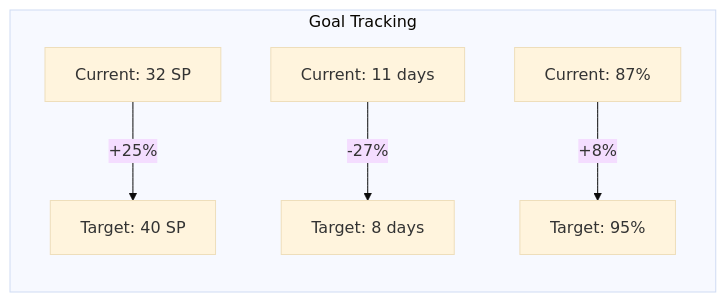
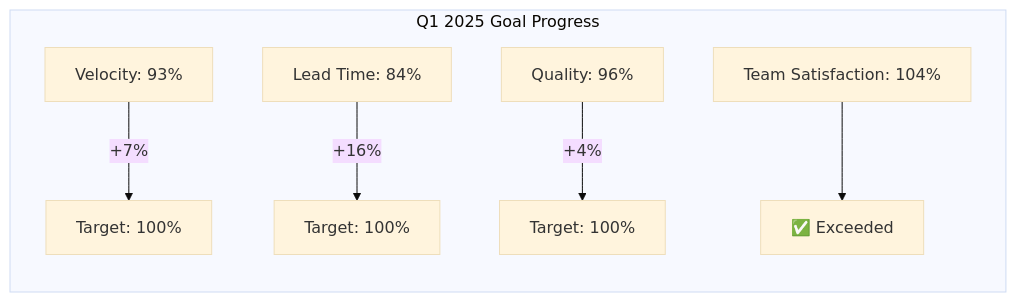
Before and after one commit to HOW2AI-AGENCY/albert3-muse-synth-studio: the ninth of 9 diagrams in project-management/reports/team-dashboard.md, drawn with Mermaid (base theme). The commit also changed other lines of this file, not shown here.

First line of the commit message:
docs(team-dashboard): update team performance metrics and dashboard content

````diff
--- a/project-management/reports/team-dashboard.md
+++ b/project-management/reports/team-dashboard.md
@@ -542,8 +624,9 @@
 ```mermaid
 graph LR
-    subgraph "Goal Tracking"
-        A[Current: 32 SP] -->|+25%| B[Target: 40 SP]
-        C[Current: 11 days] -->|-27%| D[Target: 8 days]
-        E[Current: 87%] -->|+8%| F[Target: 95%]
+    subgraph "Q1 2025 Goal Progress"
+        A[Velocity: 93%] -->|+7%| B[Target: 100%]
+        C[Lead Time: 84%] -->|+16%| D[Target: 100%]
+        E[Quality: 96%] -->|+4%| F[Target: 100%]
+        G[Team Satisfaction: 104%] --> H[✅ Exceeded]
     end
 ```
````
